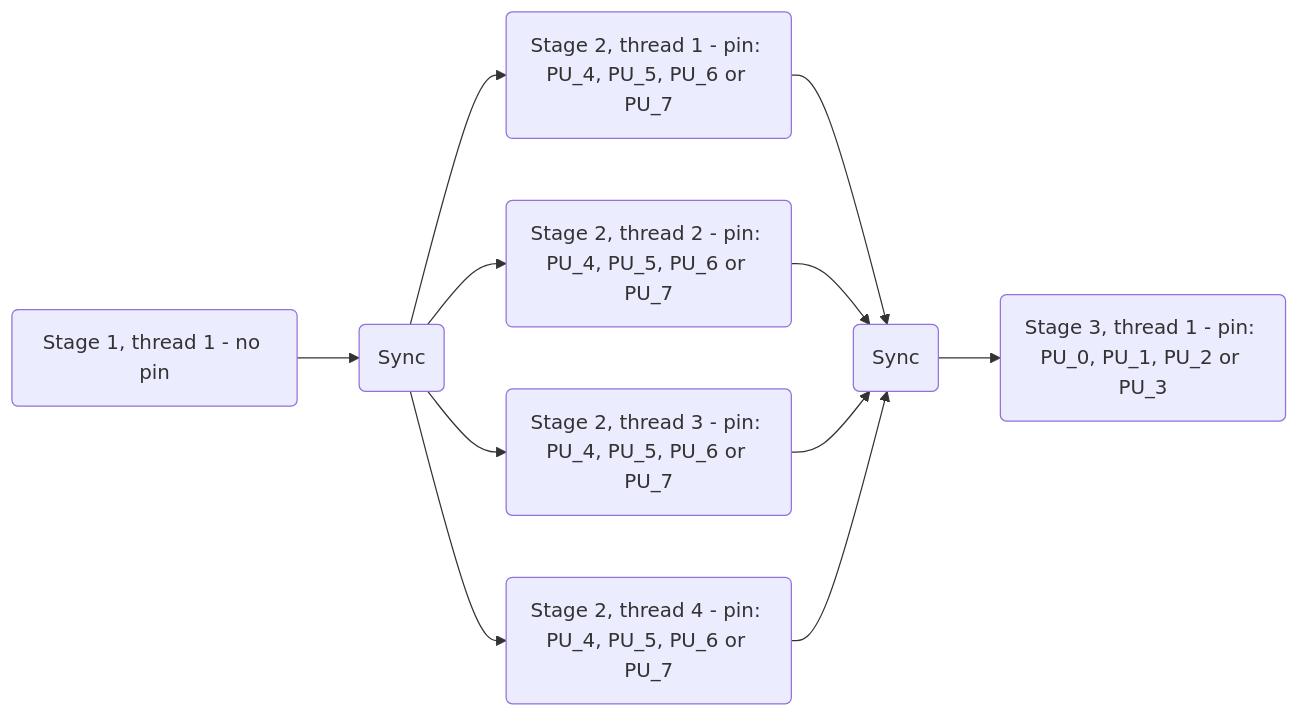
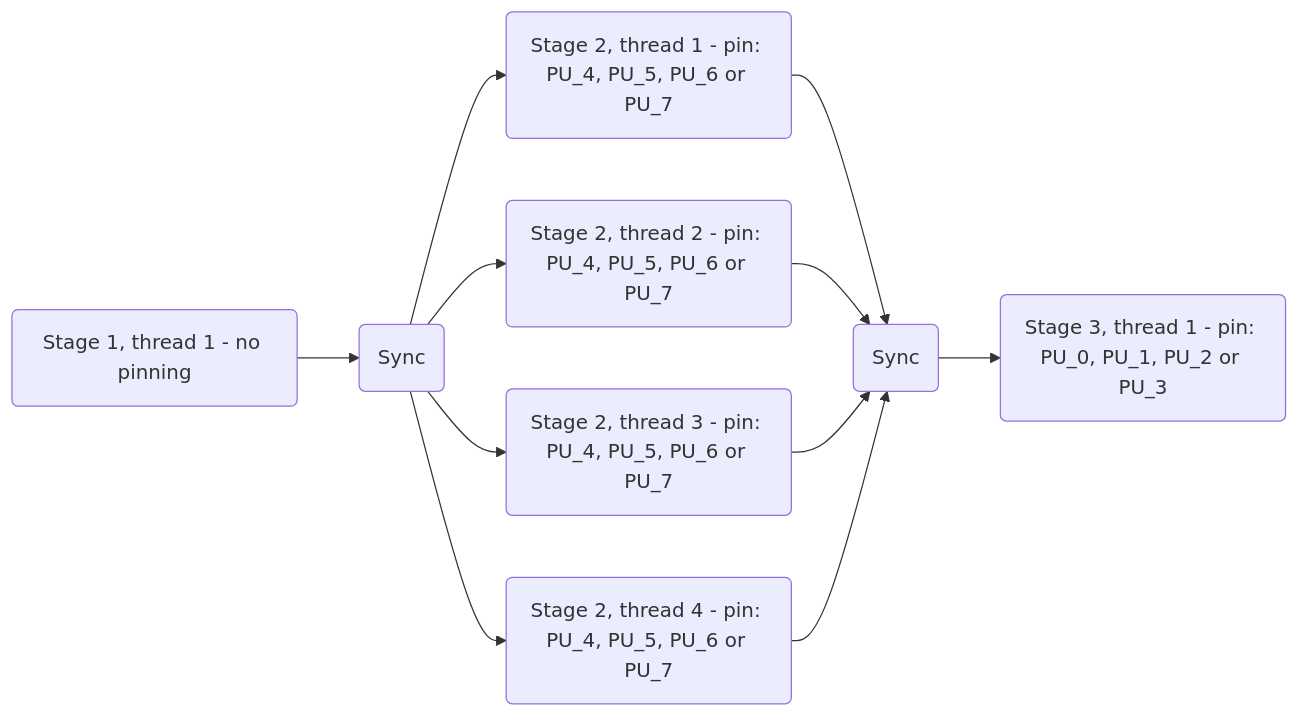
Before and after one commit to aff3ct/streampu: the third of 3 diagrams in docs/thread_pinning.md, drawn with Mermaid. The commit also changed other lines of this file and 1 other file, not shown here.

Commit message:
Doc: Rephrase pinning.

````diff
--- a/docs/thread_pinning.md
+++ b/docs/thread_pinning.md
@@ -182,13 +188,13 @@
 ```mermaid
 graph LR;
-S1T1(Stage 1, thread 1 - no pin)-->SYNC1;
+S1T1(Stage 1, thread 1 - no pinning)-->SYNC1;
 SYNC1(Sync)-->S2T1;
 SYNC1(Sync)-->S2T2;
 SYNC1(Sync)-->S2T3;
 SYNC1(Sync)-->S2T4;
 S2T1(Stage 2, thread 1 - pin: PU_4, PU_5, PU_6 or PU_7)-->SYNC2;
 S2T2(Stage 2, thread 2 - pin: PU_4, PU_5, PU_6 or PU_7)-->SYNC2;
 S2T3(Stage 2, thread 3 - pin: PU_4, PU_5, PU_6 or PU_7)-->SYNC2;
 S2T4(Stage 2, thread 4 - pin: PU_4, PU_5, PU_6 or PU_7)-->SYNC2;
 SYNC2(Sync)-->S3T1(Stage 3, thread 1 - pin: PU_0, PU_1, PU_2 or PU_3);
 ```
````
